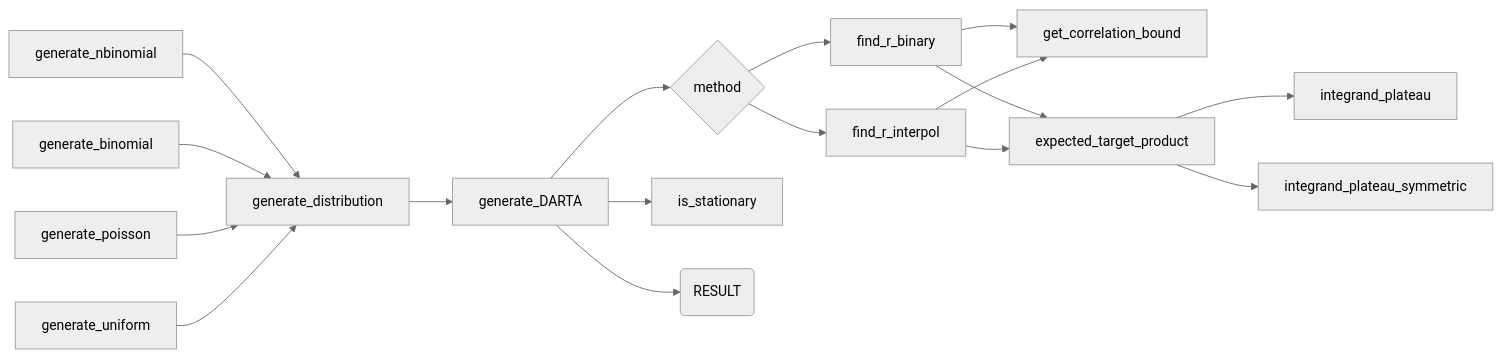
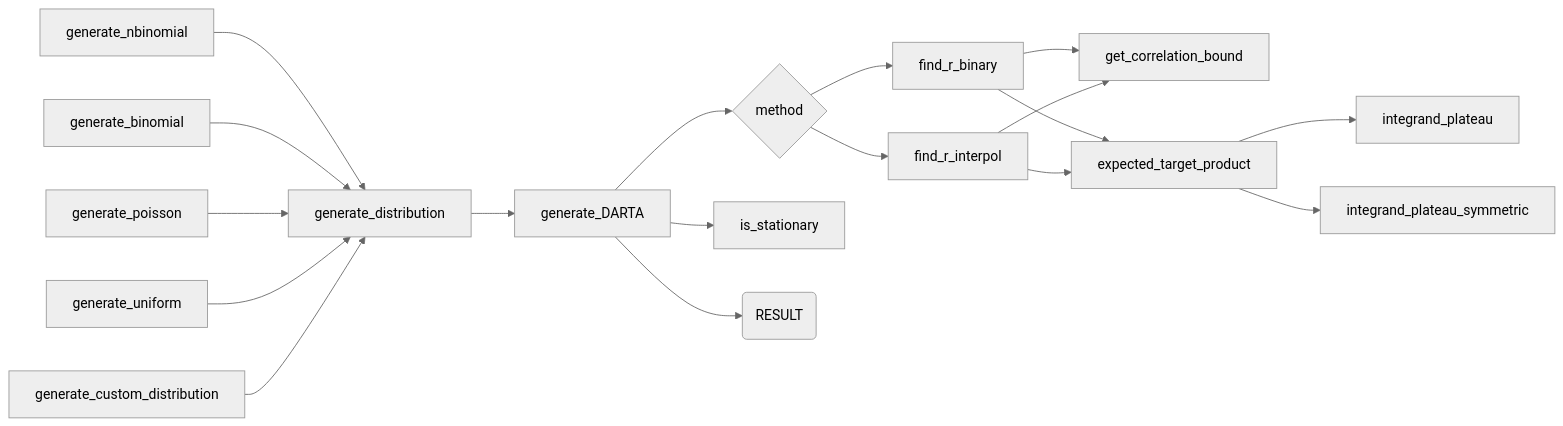
Before and after one commit to lsinfo3/DARTA: the diagram in README.md, drawn with Mermaid (neutral theme). The commit also changed other lines of this file, not shown here.

````diff
--- a/README.md
+++ b/README.md
@@ -99,20 +103,21 @@
 ``` mermaid
 graph LR
 
-A[generate_nbinomial] -->E[generate_distribution]
-B[generate_binomial] -->E
-C[generate_poisson] -->E
-D[generate_uniform] -->E
+A[generate_nbinomial] --> E[generate_distribution]
+B[generate_binomial] --> E
+C[generate_poisson] --> E
+D[generate_uniform] --> E
+O[generate_custom_distribution] --> E
 E --> F[generate_DARTA]
 F --> N{method}
 N --> G[find_r_binary]
 G --> I[get_correlation_bound]
 H --> I
 N --> H[find_r_interpol]
 G --> J[expected_target_product]
 H --> J
 J --> K[integrand_plateau]
 J --> L[integrand_plateau_symmetric]
 F --> M[is_stationary]
 F --> Z(RESULT)
 ```
````
